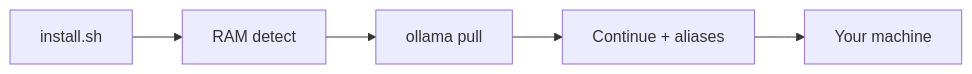
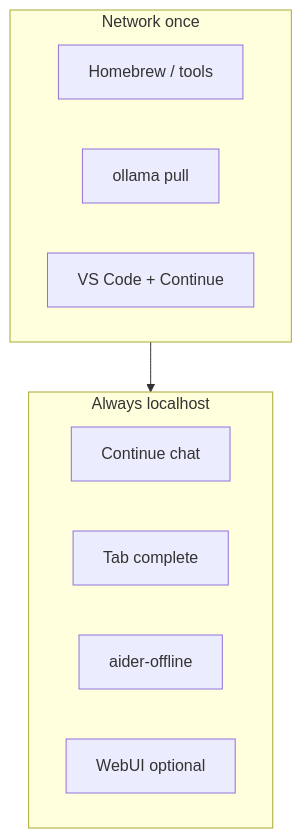
The third of 3 diagrams in README.md (Nonarkara/offline-ai-coding), drawn with Mermaid before and after one commit. The commit also changed other lines of this file and 27 other files, not shown here.

````diff
--- a/README.md
+++ b/README.md
@@ -148,7 +182,15 @@
 ```mermaid
-flowchart LR
-    Sh[install.sh] --> Ram[RAM detect]
-    Ram --> Pull[ollama pull]
-    Pull --> Cfg[Continue + aliases]
-    Cfg --> You[Your machine]
+flowchart TB
+    subgraph once [Network once]
+        Brew[Homebrew / tools]
+        Pull[ollama pull]
+        Ext[VS Code + Continue]
+    end
+    subgraph local [Always localhost]
+        Chat[Continue chat]
+        Tab[Tab complete]
+        Agent[aider-offline]
+        UI[WebUI optional]
+    end
+    once --> local
 ```
````
